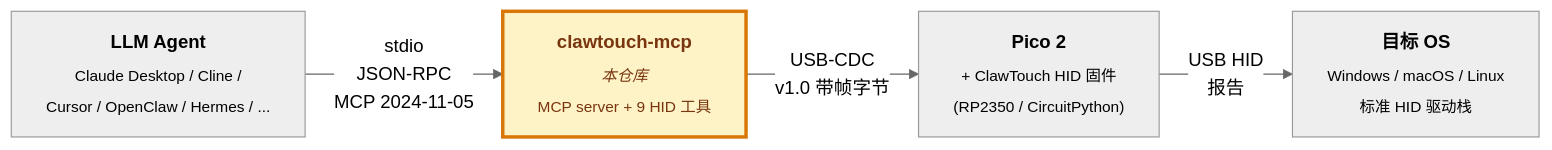
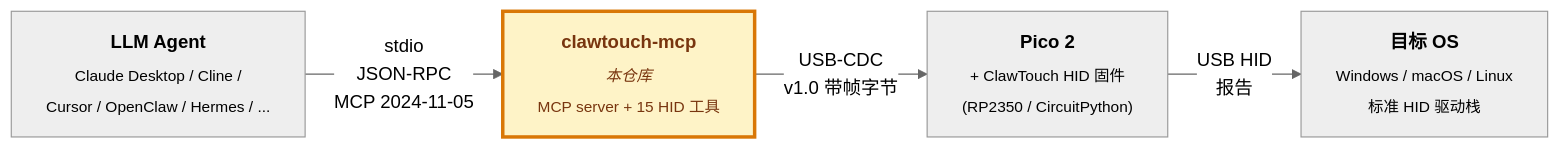
One commit to tinqiao-oss/clawtouch-mcp changed the diagram in README.zh-CN.md. Above: the diagram before and after it, drawn with Mermaid (neutral theme). The commit also changed other lines of this file and 13 other files, not shown here.

````diff
--- a/README.zh-CN.md
+++ b/README.zh-CN.md
@@ -361,9 +361,9 @@
 ```mermaid
 flowchart LR
     A["<b>LLM Agent</b><br/><sub>Claude Desktop / Cline /<br/>Cursor / OpenClaw / Hermes / ...</sub>"]
-        -->|"stdio<br/>JSON-RPC<br/>MCP 2024-11-05"| B["<b>clawtouch-mcp</b><br/><sub><i>本仓库</i><br/>MCP server + 9 HID 工具</sub>"]
+        -->|"stdio<br/>JSON-RPC<br/>MCP 2024-11-05"| B["<b>clawtouch-mcp</b><br/><sub><i>本仓库</i><br/>MCP server + 15 HID 工具</sub>"]
     B -->|"USB-CDC<br/>v1.0 带帧字节"| C["<b>Pico 2</b><br/><sub>+ ClawTouch HID 固件<br/>(RP2350 / CircuitPython)</sub>"]
     C -->|"USB HID<br/>报告"| D["<b>目标 OS</b><br/><sub>Windows / macOS / Linux<br/>标准 HID 驱动栈</sub>"]
     classDef this fill:#fef3c7,stroke:#d97706,stroke-width:3px,color:#78350f;
     class B this;
 ```
````
